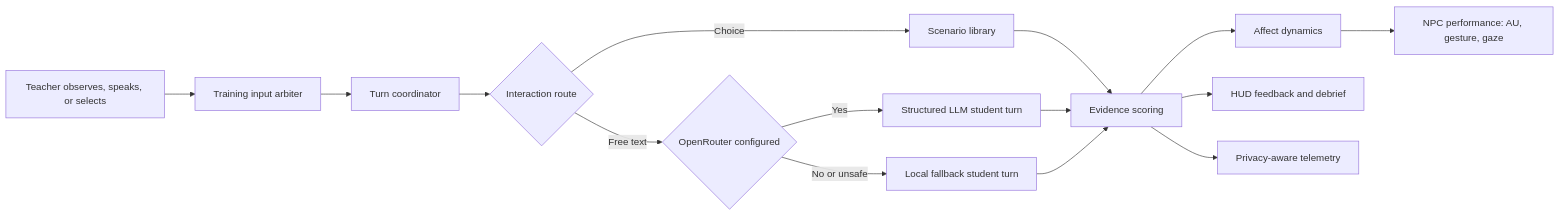
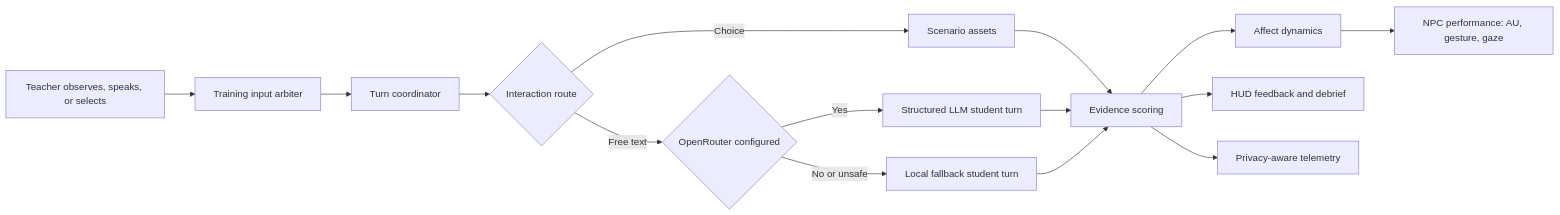
The diagram in README.md (Educatian/korean-classroom-ai-teacher-training-sim), drawn with Mermaid before and after one commit. The commit also changed other lines of this file and 5 other files, not shown here.

Commit message:
Document Quest and generative dialogue architecture

````diff
--- a/README.md
+++ b/README.md
@@ -201,17 +201,17 @@
 ```mermaid
 flowchart LR
     A["Teacher observes, speaks, or selects"] --> B["Training input arbiter"]
     B --> C["Turn coordinator"]
     C --> D{"Interaction route"}
-    D -->|"Choice"| E["Scenario library"]
+    D -->|"Choice"| E["Scenario assets"]
     D -->|"Free text"| F{"OpenRouter configured"}
     F -->|"Yes"| G["Structured LLM student turn"]
     F -->|"No or unsafe"| H["Local fallback student turn"]
     E --> I["Evidence scoring"]
     G --> I
     H --> I
     I --> J["Affect dynamics"]
     J --> K["NPC performance: AU, gesture, gaze"]
     I --> L["HUD feedback and debrief"]
     I --> M["Privacy-aware telemetry"]
 ```
````
